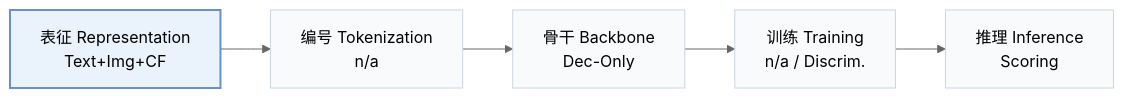
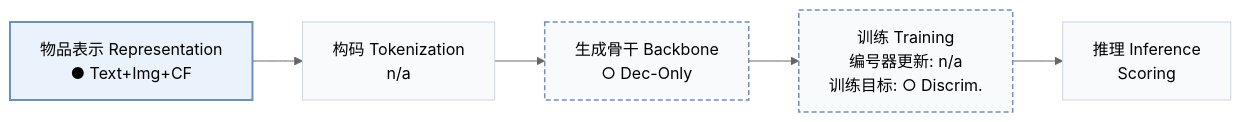
One commit to Galaxy-ghost/Awesome-SID-Generative-Rec changed the diagram in pages/zh/papers/molar.md. Above: the diagram before and after it, drawn with Mermaid (neutral theme). The commit also changed other lines of this file and 558 other files, not shown here.

````diff
--- a/pages/zh/papers/molar.md
+++ b/pages/zh/papers/molar.md
@@ -15,8 +18,10 @@
 ```mermaid
 flowchart LR
-    R["表征 Representation<br/>Text+Img+CF"] --> T["编号 Tokenization<br/>n/a"] --> B["骨干 Backbone<br/>Dec-Only"] --> TR["训练 Training<br/>n/a / Discrim."] --> I["推理 Inference<br/>Scoring"]
+    R["物品表示 Representation<br/>● Text+Img+CF"] --> T["构码 Tokenization<br/>n/a"] --> B["生成骨干 Backbone<br/>○ Dec-Only"] --> TR["训练 Training<br/>编号器更新: n/a<br/>训练目标: ○ Discrim."] --> I["推理 Inference<br/>Scoring"]
     classDef base fill:#f8fafc,stroke:#cbd5e1
     class R,T,B,TR,I base
+    classDef other fill:#f8fafc,stroke:#6b8fc7,stroke-width:1.5px,stroke-dasharray:5 3
+    class B,TR other
     classDef main fill:#eaf2fb,stroke:#6b8fc7,stroke-width:2px
     class R main
 ```
````
